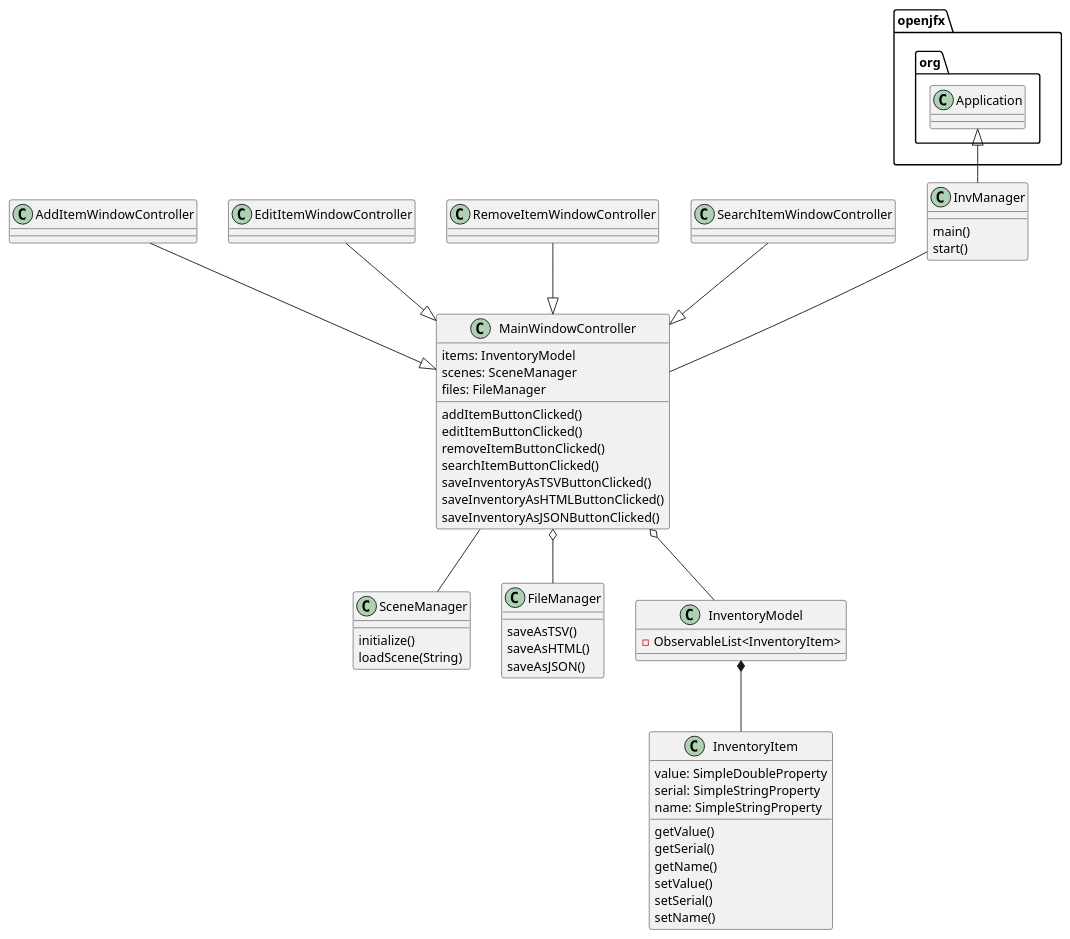
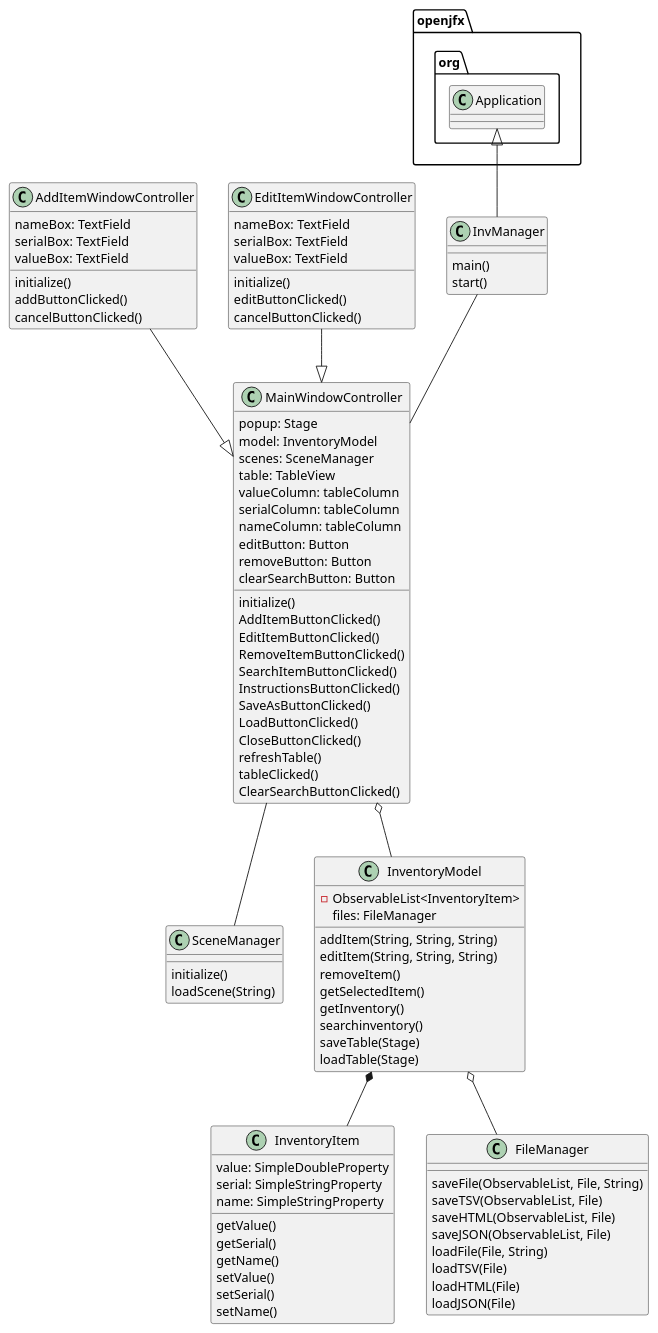
Before and after one commit to douglasgloverUCF/glover-6555-a5: the diagram in uml/InvManager.puml, drawn with PlantUML. The commit also changed 11 other files, not shown here.

```diff
--- a/uml/InvManager.puml
+++ b/uml/InvManager.puml
@@ -1,65 +1,97 @@
 @startuml
 
 openjfx.org.Application <|== InvManager
 InvManager -- MainWindowController
 MainWindowController -- SceneManager
-MainWindowController o-- FileManager
 MainWindowController o-- InventoryModel
 AddItemWindowController --|> MainWindowController
 EditItemWindowController --|> MainWindowController
-RemoveItemWindowController --|> MainWindowController
-SearchItemWindowController --|> MainWindowController
 InventoryModel *-- InventoryItem
+InventoryModel o-- FileManager
 
 Class InvManager {
     main()
     start()
 }
 Class SceneManager {
     initialize()
     loadScene(String)
 }
 Class MainWindowController {
-    items: InventoryModel
+    popup: Stage
+    model: InventoryModel
     scenes: SceneManager
-    files: FileManager
-    addItemButtonClicked()
-    editItemButtonClicked()
-    removeItemButtonClicked()
-    searchItemButtonClicked()
-    saveInventoryAsTSVButtonClicked()
-    saveInventoryAsHTMLButtonClicked()
-    saveInventoryAsJSONButtonClicked()
+    table: TableView
+    valueColumn: tableColumn
+    serialColumn: tableColumn
+    nameColumn: tableColumn
+    editButton: Button
+    removeButton: Button
+    clearSearchButton: Button
+
+    initialize()
+    AddItemButtonClicked()
+    EditItemButtonClicked()
+    RemoveItemButtonClicked()
+    SearchItemButtonClicked()
+    InstructionsButtonClicked()
+    SaveAsButtonClicked()
+    LoadButtonClicked()
+    CloseButtonClicked()
+    refreshTable()
+    tableClicked()
+    ClearSearchButtonClicked()
 }
 Class AddItemWindowController {
+    nameBox: TextField
+    serialBox: TextField
+    valueBox: TextField
 
+    initialize()
+    addButtonClicked()
+    cancelButtonClicked()
 }
 Class EditItemWindowController {
+    nameBox: TextField
+    serialBox: TextField
+    valueBox: TextField
 
-}
-Class RemoveItemWindowController {
-
-}
-Class SearchItemWindowController {
-
+    initialize()
+    editButtonClicked()
+    cancelButtonClicked()
 }
 Class FileManager {
-    saveAsTSV()
-    saveAsHTML()
-    saveAsJSON()
+    saveFile(ObservableList, File, String)
+    saveTSV(ObservableList, File)
+    saveHTML(ObservableList, File)
+    saveJSON(ObservableList, File)
+    loadFile(File, String)
+    loadTSV(File)
+    loadHTML(File)
+    loadJSON(File)
 }
 Class InventoryModel {
     - ObservableList<InventoryItem>
+    files: FileManager
+
+    addItem(String, String, String)
+    editItem(String, String, String)
+    removeItem()
+    getSelectedItem()
+    getInventory()
+    searchinventory()
+    saveTable(Stage)
+    loadTable(Stage)
 }
 Class InventoryItem {
     value: SimpleDoubleProperty
     serial: SimpleStringProperty
     name: SimpleStringProperty
     getValue()
     getSerial()
     getName()
     setValue()
     setSerial()
     setName()
 }
 @enduml
```
